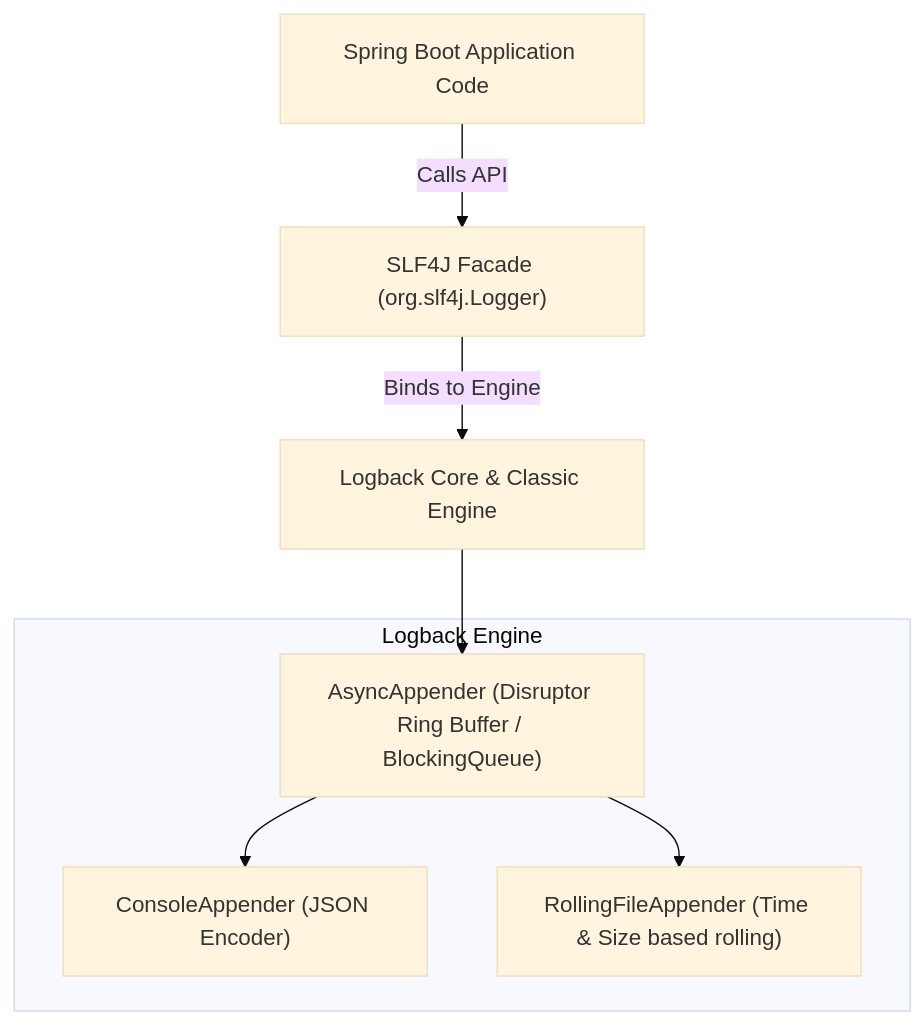
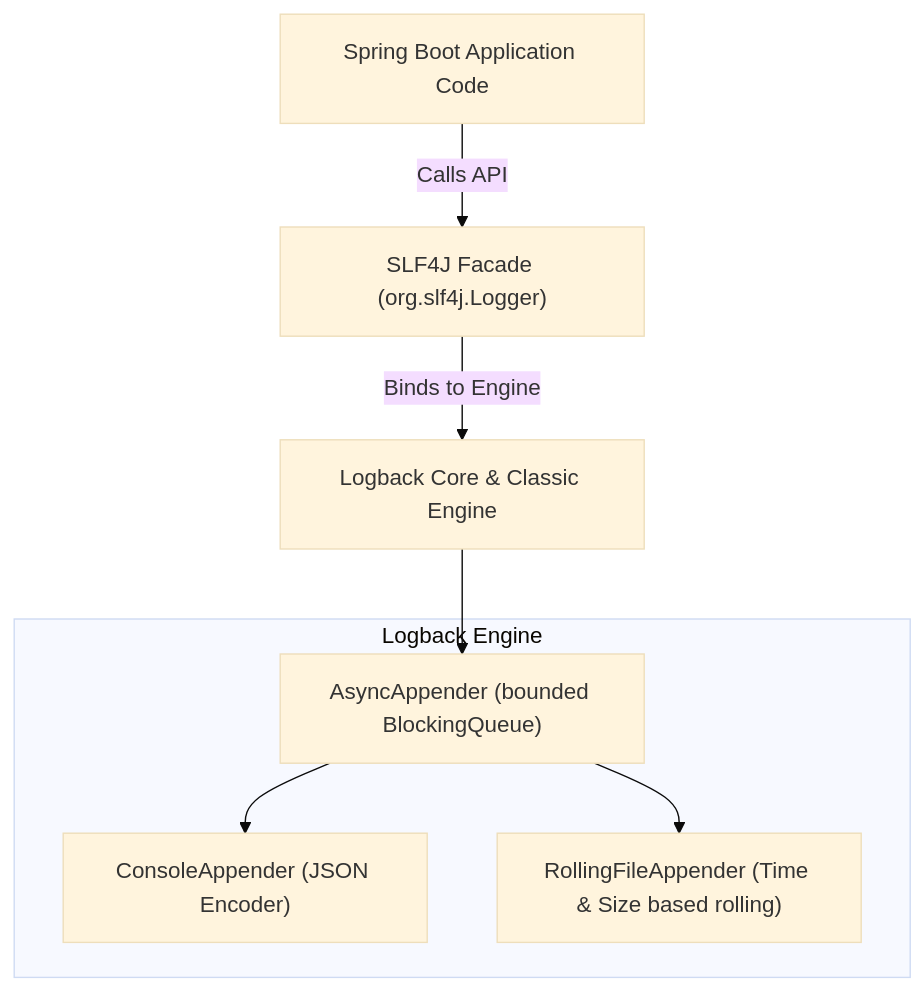
The first of 4 diagrams in docs/production/logging-monitoring.mdx (weaponxwolf/backend-engineering-mastry), drawn with Mermaid (base theme) before and after one commit. The commit also changed other lines of this file and 83 other files, not shown here.

````diff
--- a/docs/production/logging-monitoring.mdx
+++ b/docs/production/logging-monitoring.mdx
@@ -23,15 +23,15 @@
 ```mermaid
 graph TD
     App["Spring Boot Application Code"]
     App -->|Calls API| SLF4J["SLF4J Facade (org.slf4j.Logger)"]
     SLF4J -->|Binds to Engine| Logback["Logback Core & Classic Engine"]
     
     subgraph Logback Engine
-        AsyncApp["AsyncAppender (Disruptor Ring Buffer / BlockingQueue)"]
+        AsyncApp["AsyncAppender (bounded BlockingQueue)"]
         ConsoleApp["ConsoleAppender (JSON Encoder)"]
         FileApp["RollingFileAppender (Time & Size based rolling)"]
     end
     Logback --> AsyncApp
     AsyncApp --> ConsoleApp
     AsyncApp --> FileApp
 ```
````
